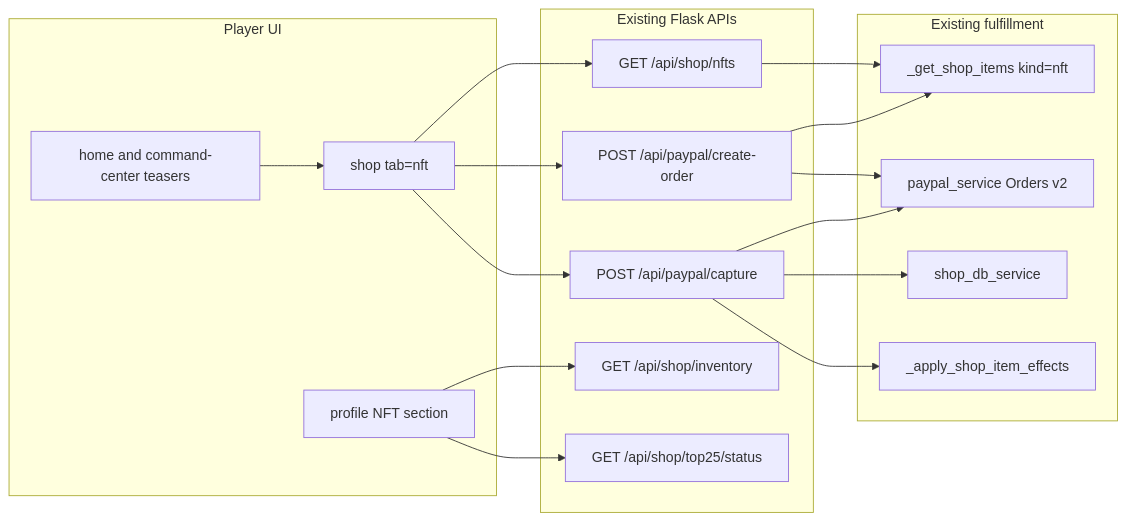
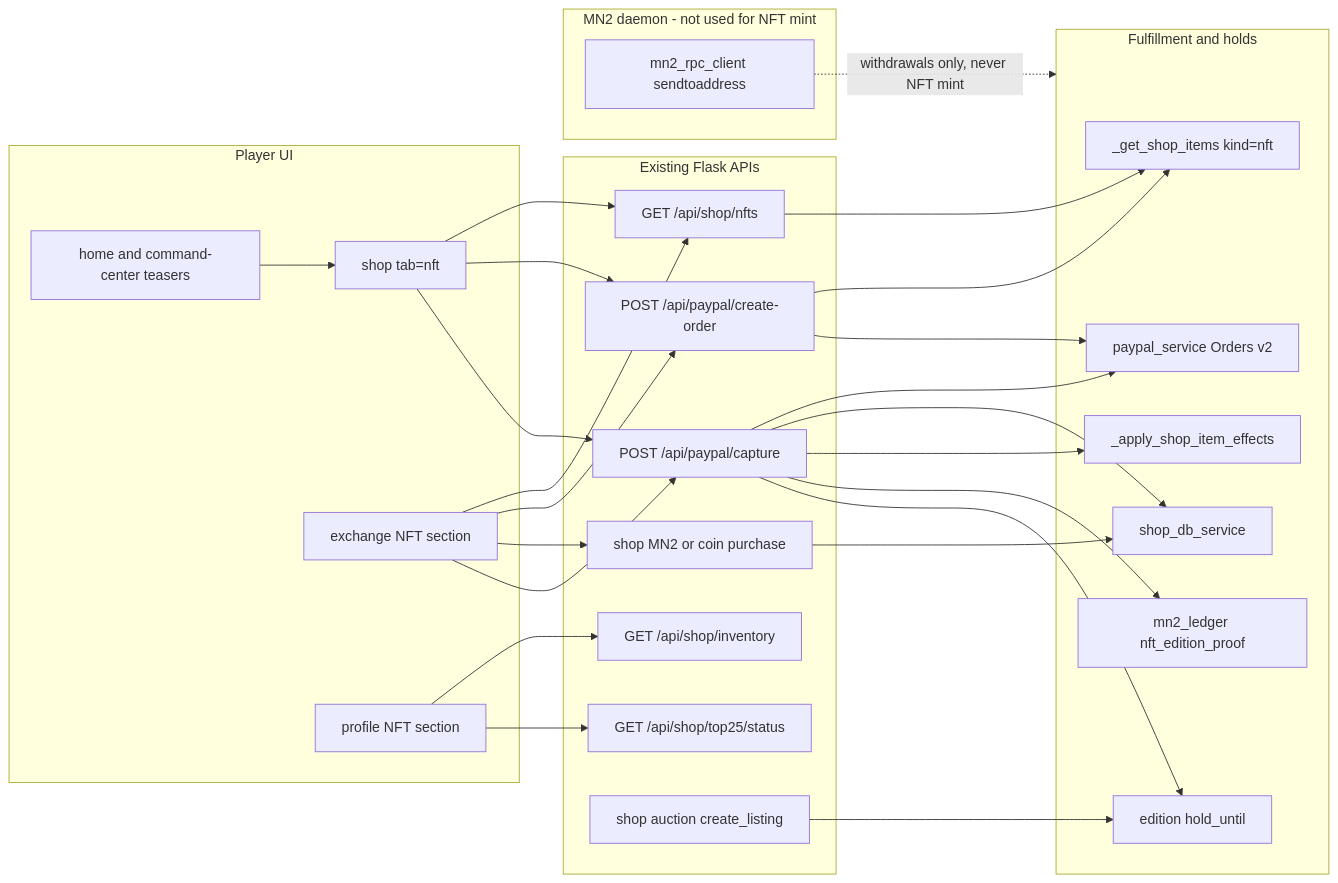
The first of 4 diagrams in docs/plans/2026-09-16-001-feat-paypal-nft-purchase-plan.md (jonK341/Masternoder.dk), drawn with Mermaid before and after one commit. The commit also changed other lines of this file, not shown here.

First line of the commit message:
docs(plan): MN2 cannot mint NFTs; add exchange and PayPal hold

````diff
--- a/docs/plans/2026-09-16-001-feat-paypal-nft-purchase-plan.md
+++ b/docs/plans/2026-09-16-001-feat-paypal-nft-purchase-plan.md
@@ -157,33 +202,50 @@
 ```mermaid
 flowchart LR
   subgraph ui [Player UI]
     ShopNft[shop tab=nft]
+    ExNft[exchange NFT section]
     ProfileNft[profile NFT section]
     Teasers[home and command-center teasers]
   end
   subgraph api [Existing Flask APIs]
     ListNfts["GET /api/shop/nfts"]
     Top25["GET /api/shop/top25/status"]
     Inv["GET /api/shop/inventory"]
     PpCreate["POST /api/paypal/create-order"]
     PpCapture["POST /api/paypal/capture"]
+    ShopBuy["shop MN2 or coin purchase"]
+    Auction["shop auction create_listing"]
   end
-  subgraph core [Existing fulfillment]
+  subgraph core [Fulfillment and holds]
     Catalog["_get_shop_items kind=nft"]
     PpSvc[paypal_service Orders v2]
     ShopDb[shop_db_service]
     Effects["_apply_shop_item_effects"]
+    Ledger[mn2_ledger nft_edition_proof]
+    Hold[edition hold_until]
+  end
+  subgraph chain [MN2 daemon - not used for NFT mint]
+    Rpc[mn2_rpc_client sendtoaddress]
   end
   ShopNft --> ListNfts
+  ExNft --> ListNfts
   ShopNft --> PpCreate
+  ExNft --> PpCreate
+  ExNft --> ShopBuy
   ShopNft --> PpCapture
+  ExNft --> PpCapture
   ProfileNft --> Inv
   ProfileNft --> Top25
   Teasers --> ShopNft
   ListNfts --> Catalog
   PpCreate --> Catalog
   PpCreate --> PpSvc
   PpCapture --> PpSvc
   PpCapture --> ShopDb
   PpCapture --> Effects
+  PpCapture --> Ledger
+  PpCapture --> Hold
+  ShopBuy --> ShopDb
+  Auction --> Hold
+  Rpc -.->|withdrawals only, never NFT mint| core
 ```
````
